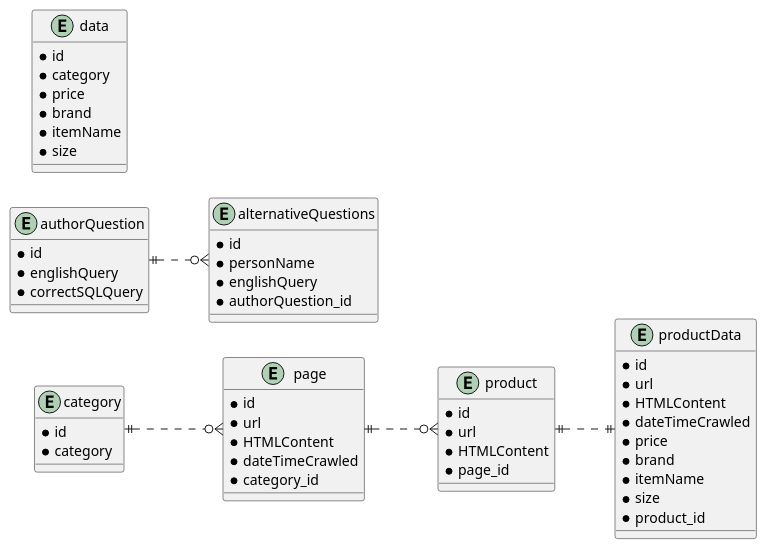
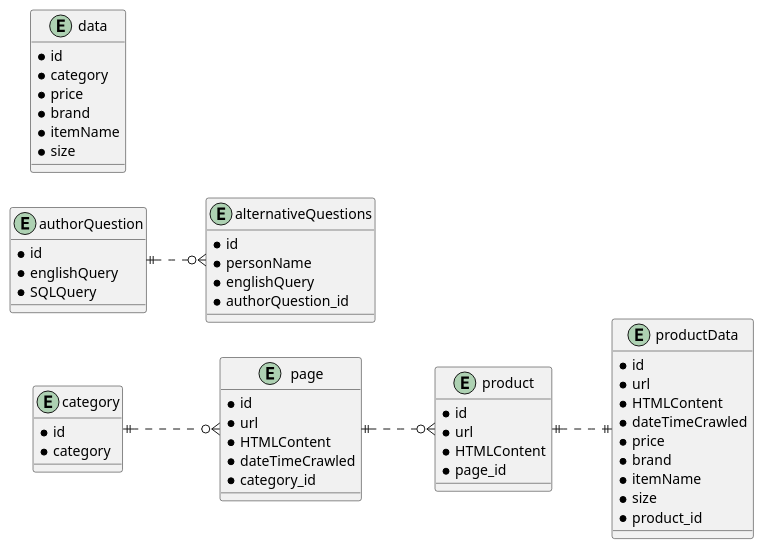
Before and after one commit to zayd62/final-year-project: the diagram in Rmarkdown Report/figures/plantuml/dataset-ERD.puml, drawn with PlantUML.

Commit message:
updated dataset erd

```diff
--- a/Rmarkdown Report/figures/plantuml/dataset-ERD.puml
+++ b/Rmarkdown Report/figures/plantuml/dataset-ERD.puml
@@ -1,66 +1,66 @@
 @startuml
 
 left to right direction
 skinparam shadowing false
 
 entity category {
     *id
     *category
 } 
 
 entity page {
     *id
     *url
     *HTMLContent
     *dateTimeCrawled
     *category_id
 }
 
 entity product {
     *id
     *url
     *HTMLContent
     *page_id
 }
 
 entity productData {
     *id
     *url
     *HTMLContent
     *dateTimeCrawled
     *price
     *brand
     *itemName
     *size
     *product_id
 }
 
 
 entity authorQuestion {
     *id
     *englishQuery
-    *correctSQLQuery
+    *SQLQuery
 }
 
 entity alternativeQuestions {
     *id
     *personName
     *englishQuery
     *authorQuestion_id
 }
 
 authorQuestion ||..o{ alternativeQuestions
 
 category ||..o{ page
 page ||..o{ product
 product ||..||productData
 
 entity data {
     *id
     *category
     *price
     *brand
     *itemName
     *size
 }
 @enduml
```
